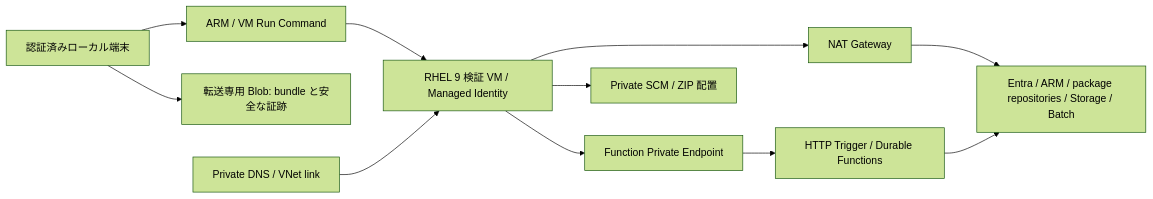
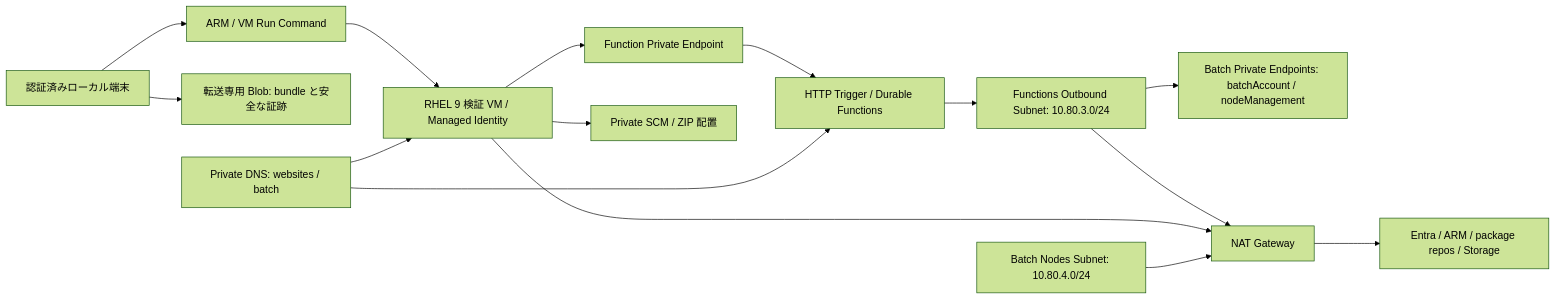
One commit to kkana6624/durable_functions_poc changed the diagram in docs/network-connectivity-design.md. Above: the diagram before and after it, drawn with Mermaid (forest theme). The commit also changed other lines of this file and 5 other files, not shown here.

````diff
--- a/docs/network-connectivity-design.md
+++ b/docs/network-connectivity-design.md
@@ -11,13 +11,17 @@
 ```mermaid
 flowchart LR
     Local[認証済みローカル端末] --> ARM[ARM / VM Run Command]
     Local --> Blob[転送専用 Blob: bundle と安全な証跡]
     ARM --> VM[RHEL 9 検証 VM / Managed Identity]
     VM --> PE[Function Private Endpoint]
     PE --> Func[HTTP Trigger / Durable Functions]
     VM --> SCM[Private SCM / ZIP 配置]
-    DNS[Private DNS / VNet link] --> VM
-    VM --> NAT[NAT Gateway]
-    NAT --> Public[Entra / ARM / package repositories / Storage / Batch]
-    Func --> Public
+    DNS[Private DNS: websites / batch] --> VM
+    DNS --> Func
+    Func --> VNetInt[Functions Outbound Subnet: 10.80.3.0/24]
+    VNetInt --> BatchPE[Batch Private Endpoints: batchAccount / nodeManagement]
+    VNetInt --> NAT[NAT Gateway]
+    VM --> NAT
+    BatchNodes[Batch Nodes Subnet: 10.80.4.0/24] --> NAT
+    NAT --> Public[Entra / ARM / package repos / Storage]
 ```
````
